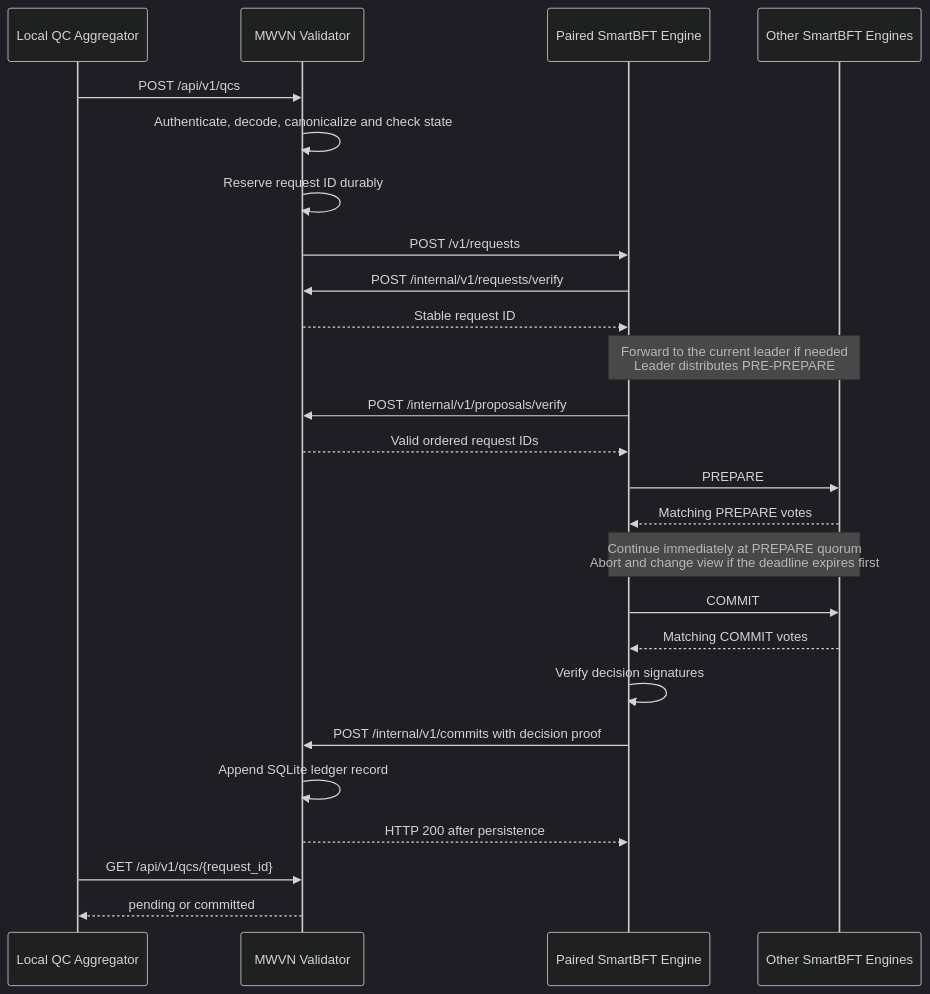
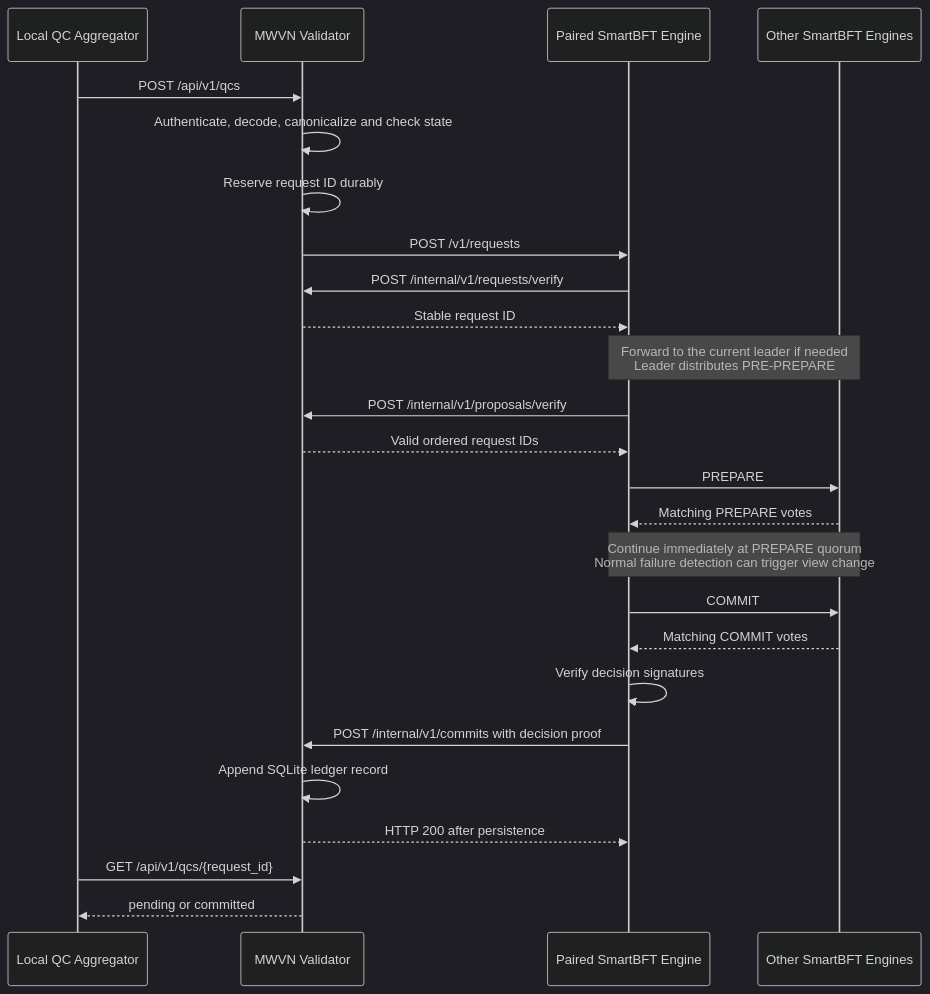
The second of 2 diagrams in docs/DESIGN.md (hyperledger/SmartBFT), drawn with Mermaid (dark theme) before and after one commit. The commit also changed other lines of this file and 43 other files, not shown here.

````diff
--- a/docs/DESIGN.md
+++ b/docs/DESIGN.md
@@ -196,28 +319,28 @@
 ```mermaid
 sequenceDiagram
     participant A as Local QC Aggregator
     participant V as MWVN Validator
     participant G as Paired SmartBFT Engine
     participant P as Other SmartBFT Engines
 
     A->>V: POST /api/v1/qcs
     V->>V: Authenticate, decode, canonicalize and check state
     V->>V: Reserve request ID durably
     V->>G: POST /v1/requests
     G->>V: POST /internal/v1/requests/verify
     V-->>G: Stable request ID
     Note over G,P: Forward to the current leader if needed<br/>Leader distributes PRE-PREPARE
     G->>V: POST /internal/v1/proposals/verify
     V-->>G: Valid ordered request IDs
     G->>P: PREPARE
     P-->>G: Matching PREPARE votes
-    Note over G,P: Continue immediately at PREPARE quorum<br/>Abort and change view if the deadline expires first
+    Note over G,P: Continue immediately at PREPARE quorum<br/>Normal failure detection can trigger view change
     G->>P: COMMIT
     P-->>G: Matching COMMIT votes
     G->>G: Verify decision signatures
     G->>V: POST /internal/v1/commits with decision proof
     V->>V: Append SQLite ledger record
     V-->>G: HTTP 200 after persistence
     A->>V: GET /api/v1/qcs/{request_id}
     V-->>A: pending or committed
 ```
````
